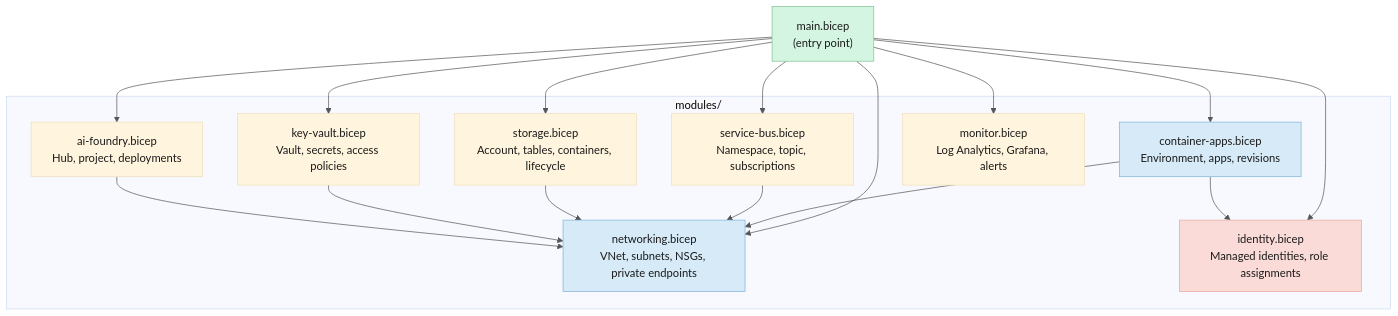
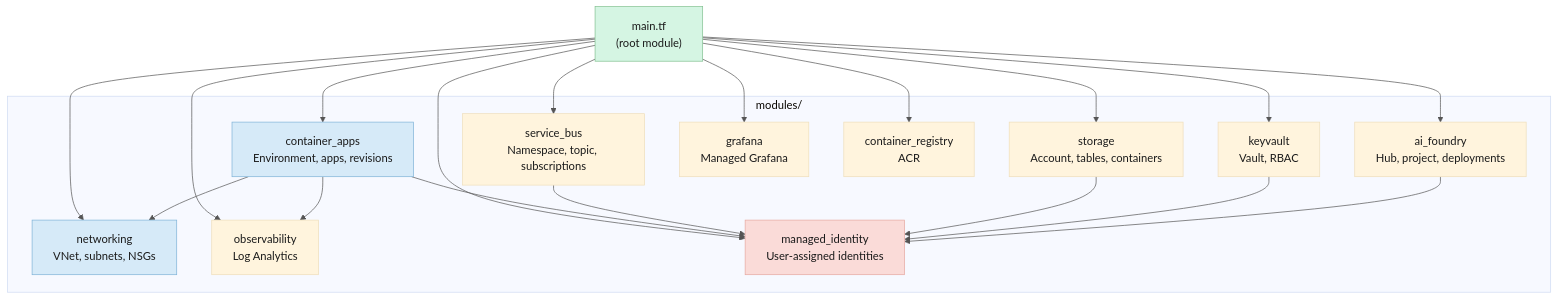
Before and after one commit to dr-paulb/managed-service-minions: the seventh of 7 diagrams in docs/physical-architecture.md, drawn with Mermaid. The commit also changed other lines of this file and 49 other files, not shown here.

````diff
--- a/docs/physical-architecture.md
+++ b/docs/physical-architecture.md
@@ -567,37 +567,42 @@
 ```mermaid
 %%{init: {'theme': 'base', 'themeVariables': { 'primaryTextColor': '#1a1a1a', 'lineColor': '#555'}}}%%
 graph TB
-    main["main.bicep\n(entry point)"]
+    main["main.tf\n(root module)"]
     
     subgraph "modules/"
-        net["networking.bicep\nVNet, subnets, NSGs, private endpoints"]
-        ca["container-apps.bicep\nEnvironment, apps, revisions"]
-        sb["service-bus.bicep\nNamespace, topic, subscriptions"]
-        st["storage.bicep\nAccount, tables, containers, lifecycle"]
-        kv["key-vault.bicep\nVault, secrets, access policies"]
-        ai["ai-foundry.bicep\nHub, project, deployments"]
-        mon["monitor.bicep\nLog Analytics, Grafana, alerts"]
-        id["identity.bicep\nManaged identities, role assignments"]
+        net["networking\nVNet, subnets, NSGs"]
+        ca["container_apps\nEnvironment, apps, revisions"]
+        sb["service_bus\nNamespace, topic, subscriptions"]
+        st["storage\nAccount, tables, containers"]
+        kv["keyvault\nVault, RBAC"]
+        ai["ai_foundry\nHub, project, deployments"]
+        mon["observability\nLog Analytics"]
+        id["managed_identity\nUser-assigned identities"]
+        grafana["grafana\nManaged Grafana"]
+        acr["container_registry\nACR"]
     end
     
     main --> net
     main --> ca
     main --> sb
     main --> st
     main --> kv
     main --> ai
     main --> mon
     main --> id
+    main --> grafana
+    main --> acr
     
     ca --> net
     ca --> id
-    sb --> net
-    st --> net
-    kv --> net
-    ai --> net
+    ca --> mon
+    sb --> id
+    st --> id
+    kv --> id
+    ai --> id
     
     style main fill:#d5f5e3,stroke:#82c091,color:#1a1a1a
     style net fill:#d6eaf8,stroke:#7fb3d8,color:#1a1a1a
     style ca fill:#d6eaf8,stroke:#7fb3d8,color:#1a1a1a
     style id fill:#fadbd8,stroke:#e6a8a0,color:#1a1a1a
 ```
````
